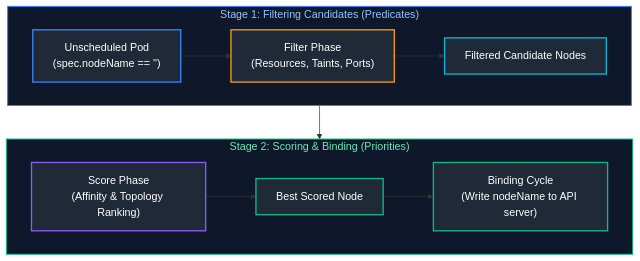
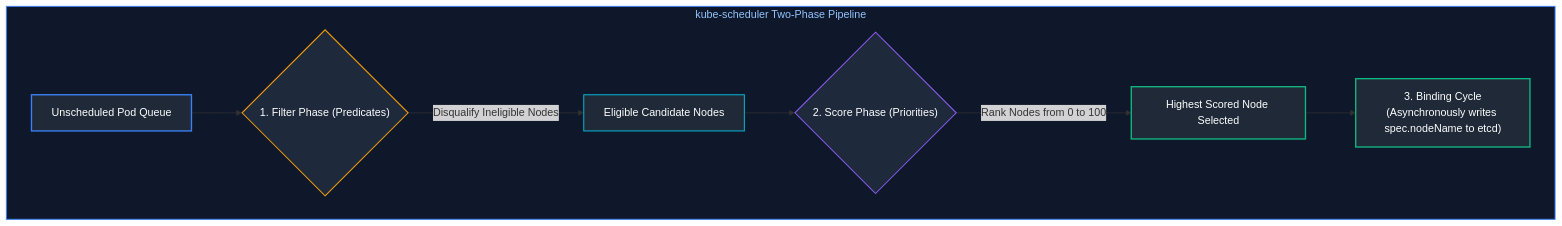
The sixth of 10 diagrams in Cloud Engineering/08_containers_kubernetes_and_gitops.md (joydeep-biswas/Interview-Preparation), drawn with Mermaid before and after one commit. The commit also changed other lines of this file and 143 other files, not shown here.

````diff
--- a/Cloud Engineering/08_containers_kubernetes_and_gitops.md
+++ b/Cloud Engineering/08_containers_kubernetes_and_gitops.md
@@ -154,23 +424,18 @@
 ```mermaid
 flowchart TD
-    subgraph Stage1 ["Stage 1: Filtering Candidates (Predicates)"]
-        direction LR
-        Pod["Unscheduled Pod<br/>(spec.nodeName == '')"] --> Filter["Filter Phase<br/>(Resources, Taints, Ports)"] --> Candidates["Filtered Candidate Nodes"]
+    subgraph SchedFlow ["kube-scheduler Two-Phase Pipeline"]
+        PodQueue["Unscheduled Pod Queue"] --> P1{"1. Filter Phase (Predicates)"}
+        P1 -->|"Disqualify Ineligible Nodes"| EligibleNodes["Eligible Candidate Nodes"]
+        EligibleNodes --> P2{"2. Score Phase (Priorities)"}
+        P2 -->|"Rank Nodes from 0 to 100"| BestNode["Highest Scored Node Selected"]
+        BestNode --> Bind["3. Binding Cycle<br/>(Asynchronously writes spec.nodeName to etcd)"]
     end
 
-    subgraph Stage2 ["Stage 2: Scoring & Binding (Priorities)"]
-        direction LR
-        Score["Score Phase<br/>(Affinity & Topology Ranking)"] --> Best["Best Scored Node"] --> Bind["Binding Cycle<br/>(Write nodeName to API server)"]
-    end
-
-    Stage1 --> Stage2
-
-    style Stage1 fill:#0f172a,stroke:#3b82f6,stroke-width:1.5px,color:#93c5fd
-    style Stage2 fill:#0f172a,stroke:#10b981,stroke-width:1.5px,color:#6ee7b7
-    style Pod fill:#1f2937,stroke:#3b82f6,stroke-width:2px,color:#fff
-    style Filter fill:#1f2937,stroke:#f59e0b,stroke-width:2px,color:#fff
-    style Candidates fill:#1f2937,stroke:#06b6d4,stroke-width:2px,color:#fff
-    style Score fill:#1f2937,stroke:#8b5cf6,stroke-width:2px,color:#fff
-    style Best fill:#1f2937,stroke:#10b981,stroke-width:2px,color:#fff
+    style SchedFlow fill:#0f172a,stroke:#3b82f6,stroke-width:1.5px,color:#93c5fd
+    style PodQueue fill:#1f2937,stroke:#3b82f6,stroke-width:2px,color:#fff
+    style P1 fill:#1e293b,stroke:#f59e0b,stroke-width:1.5px,color:#fff
+    style EligibleNodes fill:#1f2937,stroke:#06b6d4,stroke-width:1.5px,color:#fff
+    style P2 fill:#1e293b,stroke:#8b5cf6,stroke-width:1.5px,color:#fff
+    style BestNode fill:#1f2937,stroke:#10b981,stroke-width:2px,color:#fff
     style Bind fill:#1f2937,stroke:#10b981,stroke-width:2px,color:#fff
 ```
````
